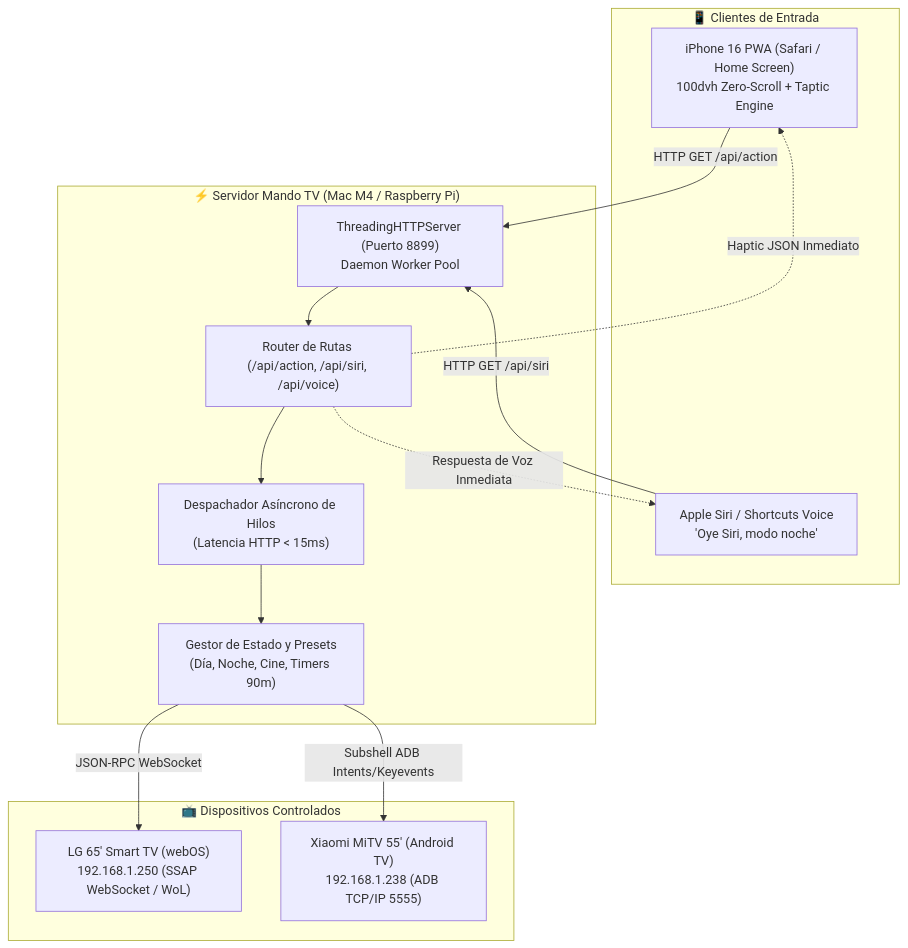
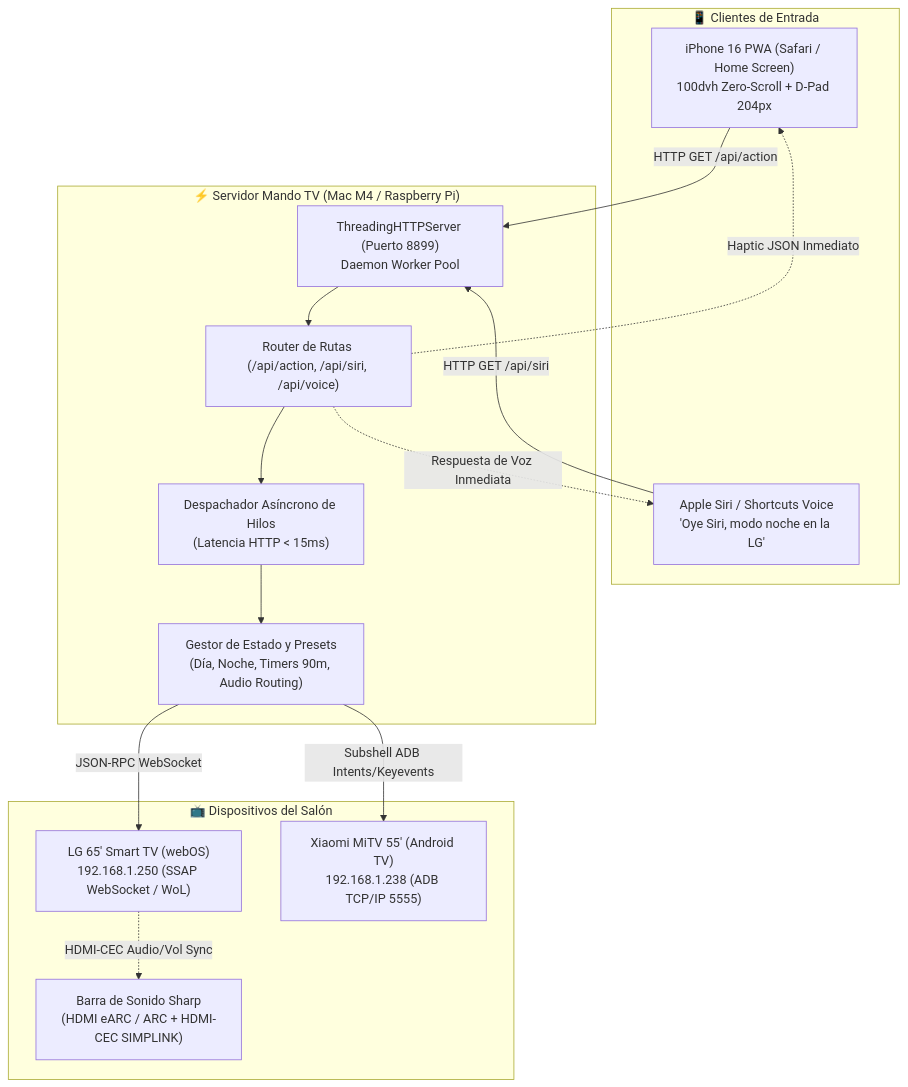
Before and after one commit to gtrujillovdev-cyber/mando-tv: the diagram in docs/ARCHITECTURE.md, drawn with Mermaid. The commit also changed other lines of this file and 1 other file, not shown here.

Commit message:
docs: update README and ARCHITECTURE with sharp soundbar arc and ergonomic dpad details

````diff
--- a/docs/ARCHITECTURE.md
+++ b/docs/ARCHITECTURE.md
@@ -7,28 +7,30 @@
 ```mermaid
 flowchart TD
     subgraph Clientes ["📱 Clientes de Entrada"]
-        iPhone["iPhone 16 PWA (Safari / Home Screen)<br/>100dvh Zero-Scroll + Taptic Engine"]
-        Siri["Apple Siri / Shortcuts Voice<br/>'Oye Siri, modo noche'"]
+        iPhone["iPhone 16 PWA (Safari / Home Screen)<br/>100dvh Zero-Scroll + D-Pad 204px"]
+        Siri["Apple Siri / Shortcuts Voice<br/>'Oye Siri, modo noche en la LG'"]
     end
 
     subgraph Hub ["⚡ Servidor Mando TV (Mac M4 / Raspberry Pi)"]
         HTTP["ThreadingHTTPServer (Puerto 8899)<br/>Daemon Worker Pool"]
         Router["Router de Rutas (/api/action, /api/siri, /api/voice)"]
         AsyncDispatcher["Despachador Asíncrono de Hilos<br/>(Latencia HTTP < 15ms)"]
-        StateEngine["Gestor de Estado y Presets<br/>(Día, Noche, Cine, Timers 90m)"]
+        StateEngine["Gestor de Estado y Presets<br/>(Día, Noche, Timers 90m, Audio Routing)"]
     end
 
-    subgraph Hardware ["📺 Dispositivos Controlados"]
+    subgraph Hardware ["📺 Dispositivos del Salón"]
         LG["LG 65' Smart TV (webOS)<br/>192.168.1.250 (SSAP WebSocket / WoL)"]
         Xiaomi["Xiaomi MiTV 55' (Android TV)<br/>192.168.1.238 (ADB TCP/IP 5555)"]
+        Soundbar["Barra de Sonido Sharp<br/>(HDMI eARC / ARC + HDMI-CEC SIMPLINK)"]
     end
 
     iPhone -->|HTTP GET /api/action| HTTP
     Siri -->|HTTP GET /api/siri| HTTP
     HTTP --> Router --> AsyncDispatcher
     AsyncDispatcher --> StateEngine
     StateEngine -->|JSON-RPC WebSocket| LG
     StateEngine -->|Subshell ADB Intents/Keyevents| Xiaomi
+    LG -.->|HDMI-CEC Audio/Vol Sync| Soundbar
     Router -.->|Respuesta de Voz Inmediata| Siri
     Router -.->|Haptic JSON Inmediato| iPhone
 ```
````
